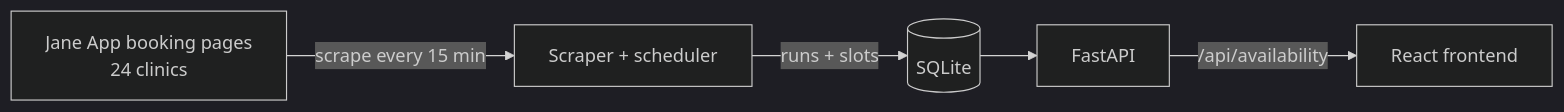
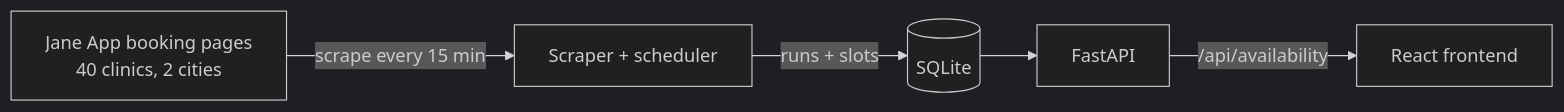
One commit to j-beckett/rmt-finder changed the diagram in README.md. Above: the diagram before and after it, drawn with Mermaid (dark theme). The commit also changed other lines of this file, not shown here.

````diff
--- a/README.md
+++ b/README.md
@@ -28,7 +28,7 @@
 ```mermaid
 flowchart LR
-    J[Jane App booking pages<br/>24 clinics] -->|"scrape every 15 min"| S[Scraper + scheduler]
+    J[Jane App booking pages<br/>40 clinics, 2 cities] -->|"scrape every 15 min"| S[Scraper + scheduler]
     S -->|"runs + slots"| DB[(SQLite)]
     DB --> API[FastAPI]
     API -->|"/api/availability"| FE[React frontend]
 ```
````
